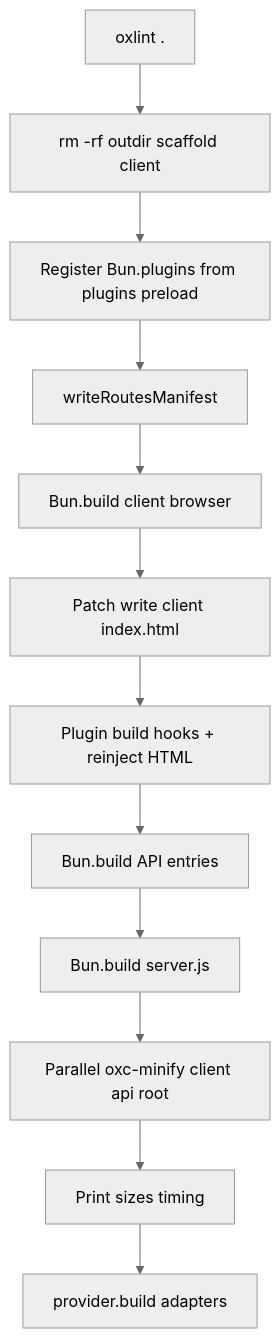
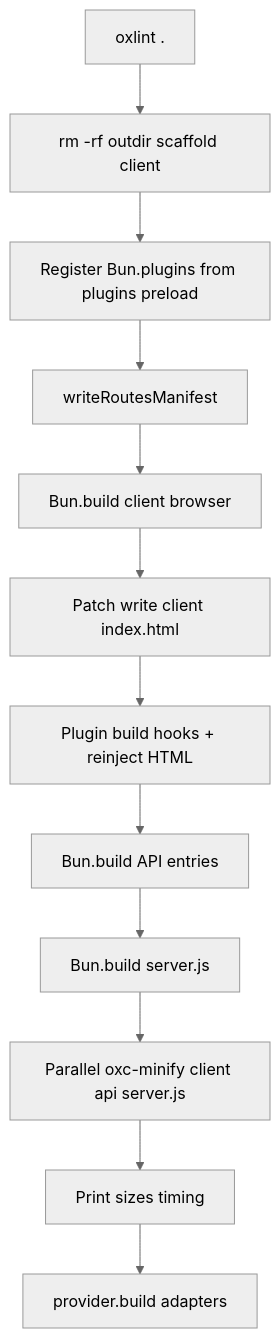
The diagram in docs/content/docs/core/build-pipeline.mdx (Rahuletto/manic), drawn with Mermaid (neutral theme) before and after one commit. The commit also changed other lines of this file and 9 other files, not shown here.

````diff
--- a/docs/content/docs/core/build-pipeline.mdx
+++ b/docs/content/docs/core/build-pipeline.mdx
@@ -15,17 +15,17 @@
 ```mermaid
 flowchart TD
   L["oxlint ."]
   CL["rm -rf outdir scaffold client"]
   BP["Register Bun.plugins from plugins preload"]
   WM["writeRoutesManifest"]
   CB["Bun.build client browser"]
   HTML["Patch write client index.html"]
   PB["Plugin build hooks + reinject HTML"]
   AB["Bun.build API entries"]
   SB["Bun.build server.js"]
-  MN["Parallel oxc-minify client api root"]
+  MN["Parallel oxc-minify client api server.js"]
   STAT["Print sizes timing"]
   PV["provider.build adapters"]
 
   L --> CL --> BP --> WM --> CB --> HTML --> PB --> AB --> SB --> MN --> STAT --> PV
 ```
````
